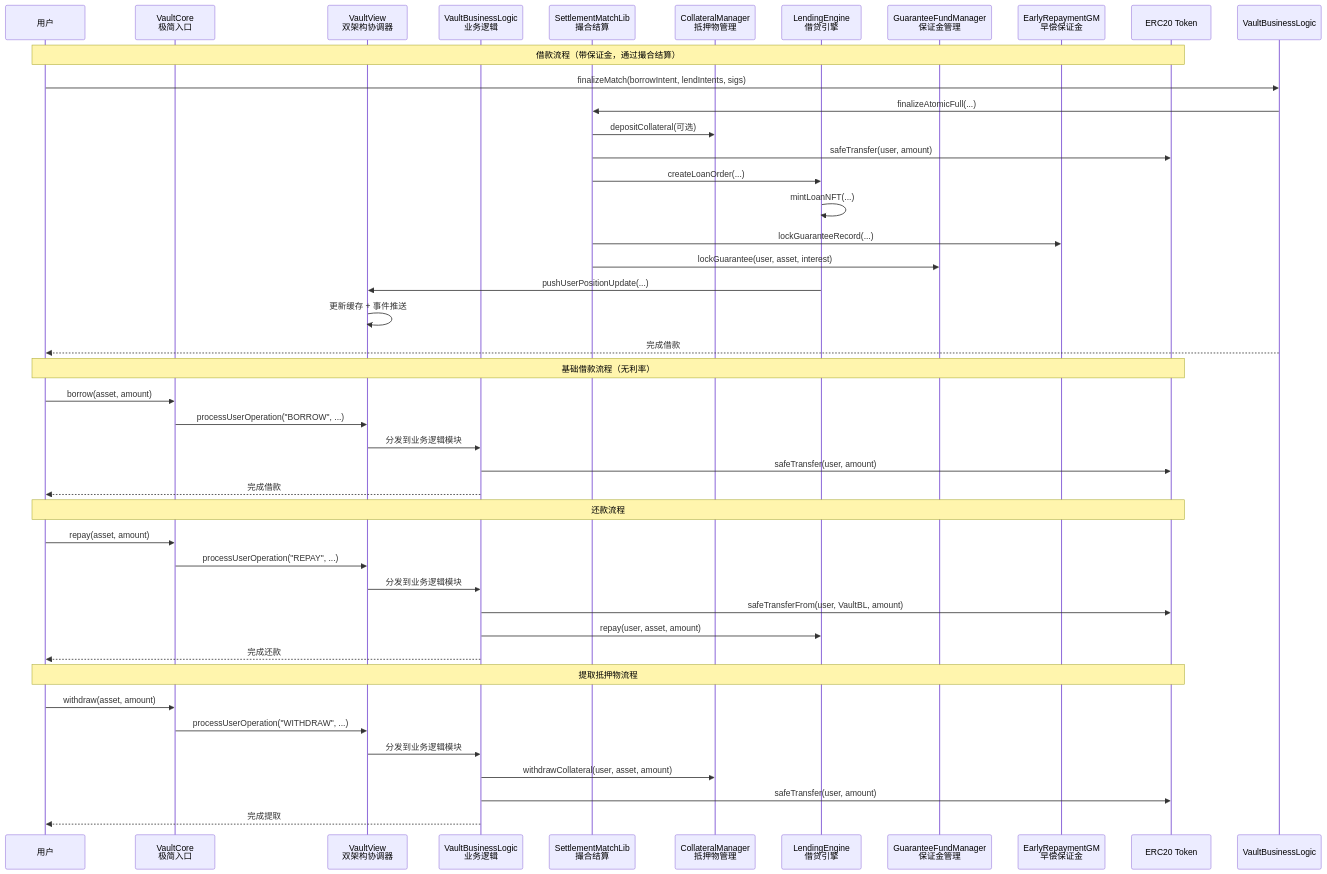
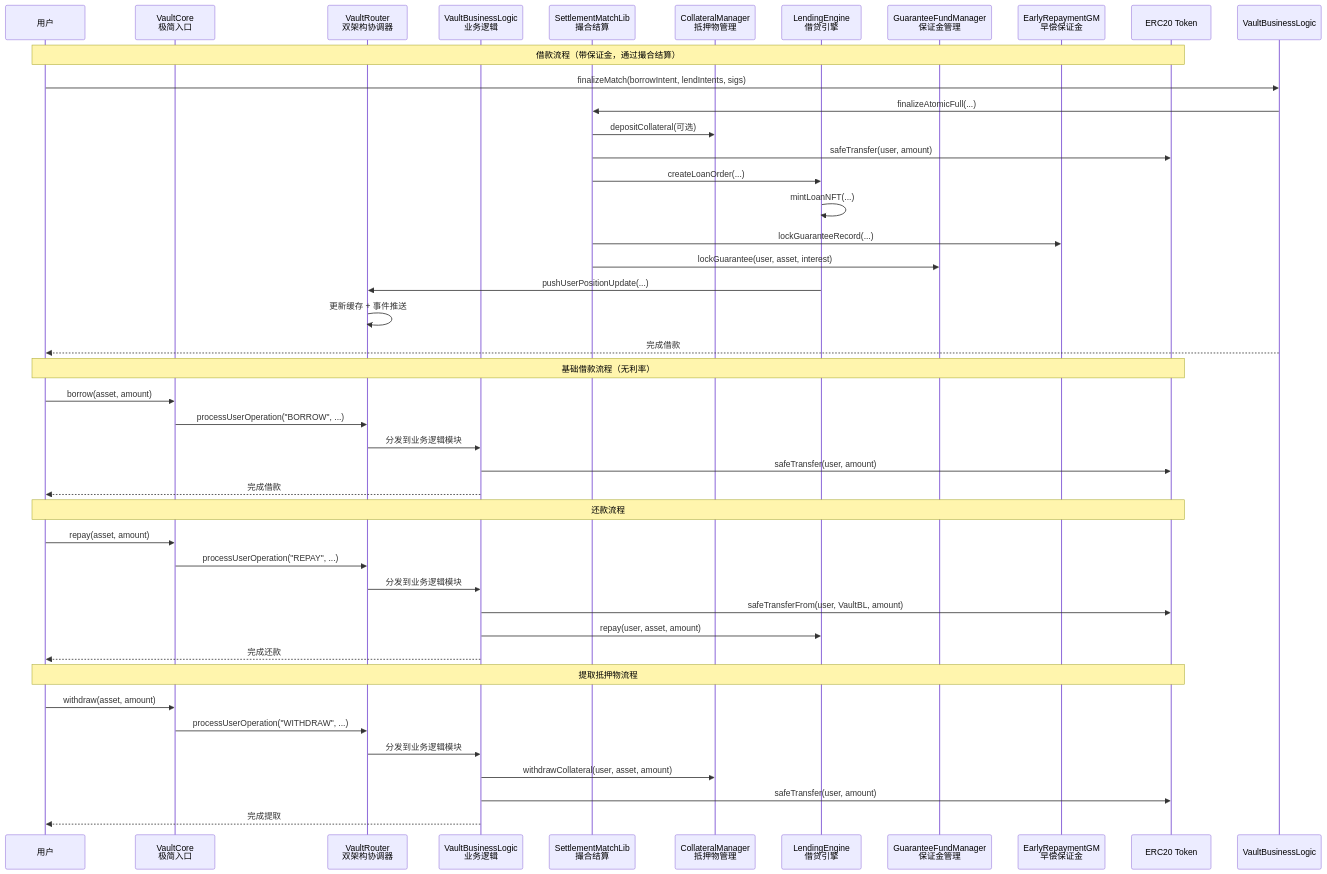
Before and after one commit to Anyawb/contracts: the second of 4 diagrams in docs/PlatformLogic.md, drawn with Mermaid. The commit also changed other lines of this file and 303 other files, not shown here.

````diff
--- a/docs/PlatformLogic.md
+++ b/docs/PlatformLogic.md
@@ -705,49 +705,49 @@
 ```mermaid
 sequenceDiagram
     participant User as 用户
     participant VaultCore as VaultCore<br/>极简入口
-    participant VaultView as VaultView<br/>双架构协调器
+    participant VaultRouter as VaultRouter<br/>双架构协调器
     participant VaultBL as VaultBusinessLogic<br/>业务逻辑
     participant Settlement as SettlementMatchLib<br/>撮合结算
     participant CM as CollateralManager<br/>抵押物管理
     participant LE as LendingEngine<br/>借贷引擎
     participant GFM as GuaranteeFundManager<br/>保证金管理
     participant ERGM as EarlyRepaymentGM<br/>早偿保证金
     participant Token as ERC20 Token
 
     Note over User,Token: 借款流程（带保证金，通过撮合结算）
     User->>VaultBusinessLogic: finalizeMatch(borrowIntent, lendIntents, sigs)
     VaultBusinessLogic->>Settlement: finalizeAtomicFull(...)
     Settlement->>CM: depositCollateral(可选)
     Settlement->>Token: safeTransfer(user, amount)
     Settlement->>LE: createLoanOrder(...)
     LE->>LE: mintLoanNFT(...)
     Settlement->>ERGM: lockGuaranteeRecord(...)
     Settlement->>GFM: lockGuarantee(user, asset, interest)
-    LE->>VaultView: pushUserPositionUpdate(...)
-    VaultView->>VaultView: 更新缓存 + 事件推送
+    LE->>VaultRouter: pushUserPositionUpdate(...)
+    VaultRouter->>VaultRouter: 更新缓存 + 事件推送
     VaultBusinessLogic-->>User: 完成借款
 
     Note over User,Token: 基础借款流程（无利率）
     User->>VaultCore: borrow(asset, amount)
-    VaultCore->>VaultView: processUserOperation("BORROW", ...)
-    VaultView->>VaultBL: 分发到业务逻辑模块
+    VaultCore->>VaultRouter: processUserOperation("BORROW", ...)
+    VaultRouter->>VaultBL: 分发到业务逻辑模块
     VaultBL->>Token: safeTransfer(user, amount)
     VaultBL-->>User: 完成借款
 
     Note over User,Token: 还款流程
     User->>VaultCore: repay(asset, amount)
-    VaultCore->>VaultView: processUserOperation("REPAY", ...)
-    VaultView->>VaultBL: 分发到业务逻辑模块
+    VaultCore->>VaultRouter: processUserOperation("REPAY", ...)
+    VaultRouter->>VaultBL: 分发到业务逻辑模块
     VaultBL->>Token: safeTransferFrom(user, VaultBL, amount)
     VaultBL->>LE: repay(user, asset, amount)
     VaultBL-->>User: 完成还款
 
     Note over User,Token: 提取抵押物流程
     User->>VaultCore: withdraw(asset, amount)
-    VaultCore->>VaultView: processUserOperation("WITHDRAW", ...)
-    VaultView->>VaultBL: 分发到业务逻辑模块
+    VaultCore->>VaultRouter: processUserOperation("WITHDRAW", ...)
+    VaultRouter->>VaultBL: 分发到业务逻辑模块
     VaultBL->>CM: withdrawCollateral(user, asset, amount)
     VaultBL->>Token: safeTransfer(user, amount)
     VaultBL-->>User: 完成提取
 ```
````
